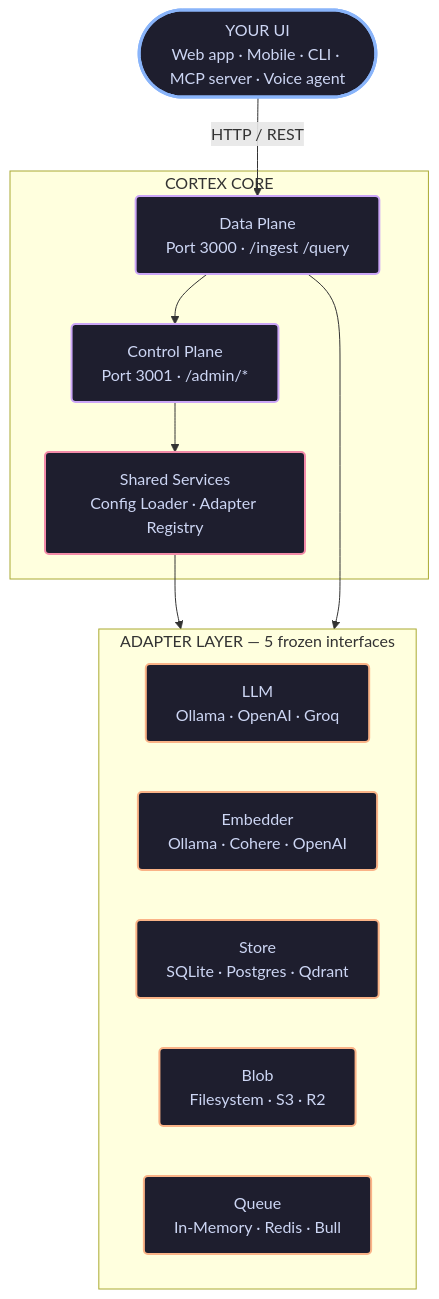
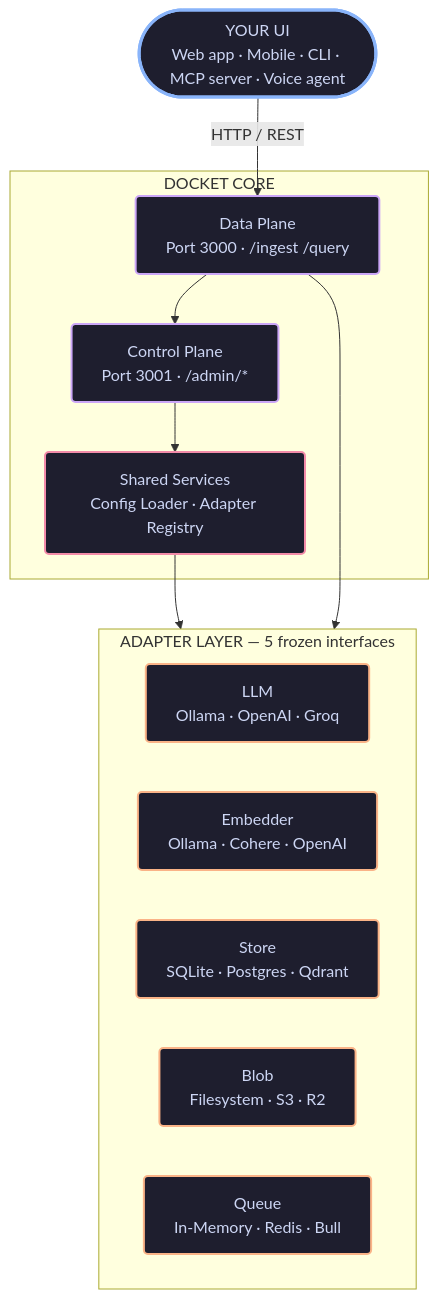
One commit to revanth0212/docket changed the first of 5 diagrams in docs/content/docs/developers/architecture/system-overview.mdx. Above: the diagram before and after it, drawn with Mermaid. The commit also changed 77 other files, not shown here.

````diff
--- a/docs/content/docs/developers/architecture/system-overview.mdx
+++ b/docs/content/docs/developers/architecture/system-overview.mdx
@@ -12,35 +12,35 @@
 ```mermaid
 flowchart TB
     UI(["YOUR UI\nWeb app · Mobile · CLI · MCP server · Voice agent"])
 
-    subgraph DocketCore ["CORTEX CORE"]
+    subgraph DocketCore ["DOCKET CORE"]
         CP["Control Plane\nPort 3001 · /admin/*"]
         DP["Data Plane\nPort 3000 · /ingest /query"]
         Shared["Shared Services\nConfig Loader · Adapter Registry"]
     end
 
     subgraph Adapters ["ADAPTER LAYER — 5 frozen interfaces"]
         LLM["LLM\nOllama · OpenAI · Groq"]
         Embedder["Embedder\nOllama · Cohere · OpenAI"]
         Store["Store\nSQLite · Postgres · Qdrant"]
         Blob["Blob\nFilesystem · S3 · R2"]
         Queue["Queue\nIn-Memory · Redis · Bull"]
     end
 
     UI --"HTTP / REST"--> DP
     CP --> Shared
     DP --> CP
     Shared --> Adapters
     DP --> Adapters
 
     classDef default fill:#1e1e2e,stroke:#45475a,stroke-width:2px,color:#cdd6f4,rx:4,ry:4
     classDef ui stroke:#89b4fa,stroke-width:3px
     classDef plane stroke:#cba6f7,stroke-width:2px
     classDef shared stroke:#f38ba8,stroke-width:2px
     classDef adapter stroke:#fab387,stroke-width:2px
 
     class UI ui
     class CP,DP plane
     class Shared shared
     class LLM,Embedder,Store,Blob,Queue adapter
 ```
````
